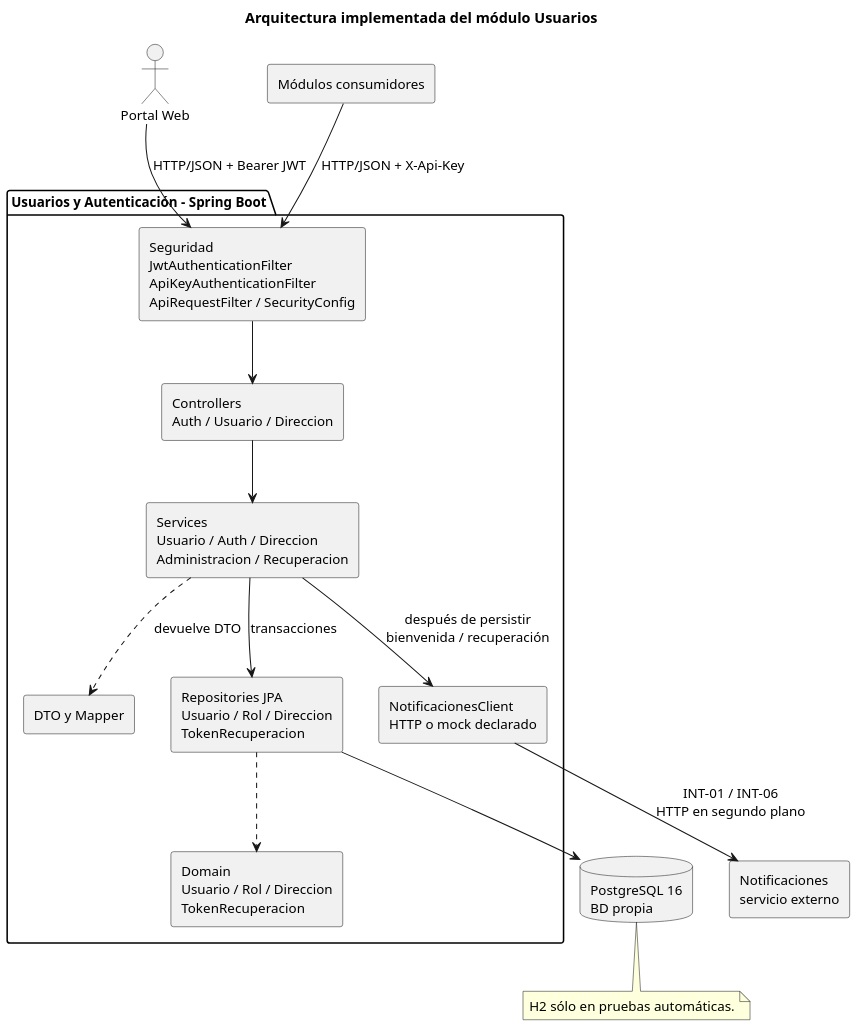
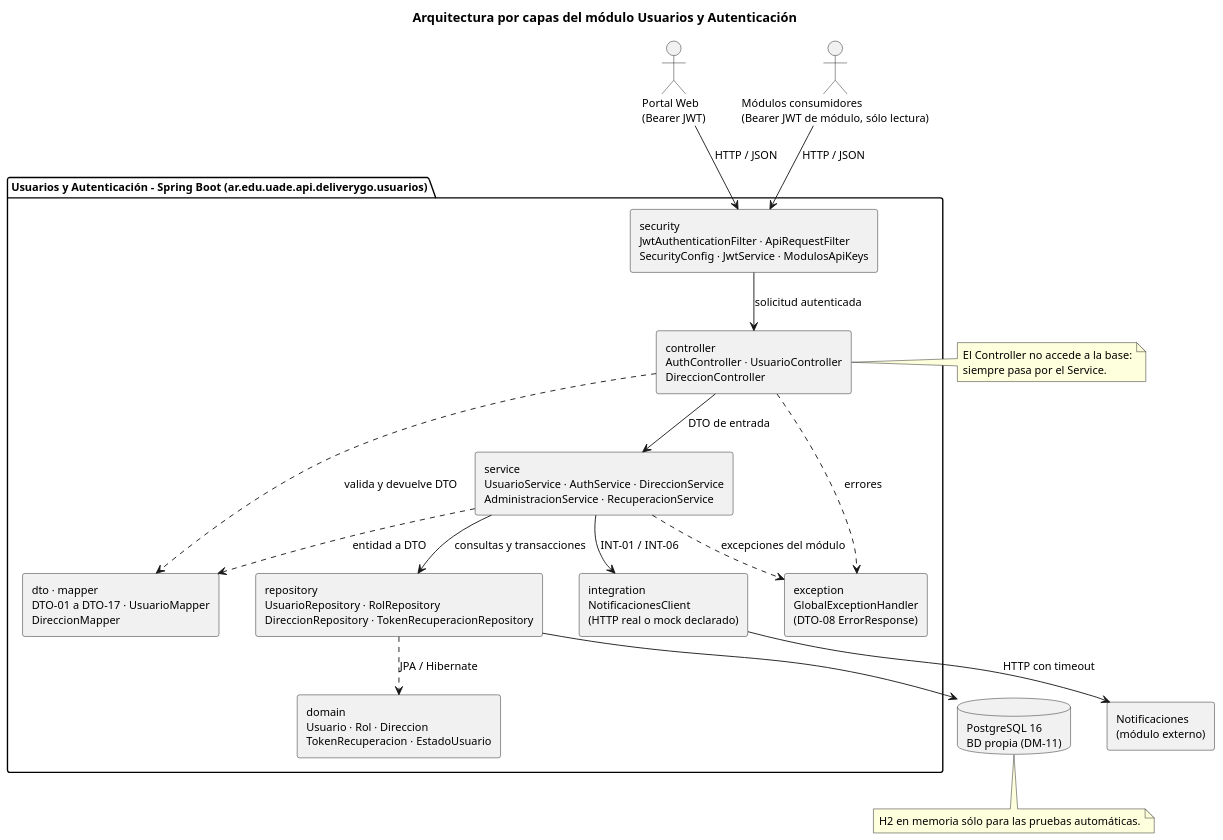
The diagram in doc/Diagramas/arquitectura.puml (CarlaGorgal2002/deliverygo-usuarios-auth), drawn with PlantUML before and after one commit. The commit also changed 30 other files, not shown here.

First line of the commit message:
docs: rehacer los 15 diagramas con las capas y participantes de la plantilla

```diff
--- a/doc/Diagramas/arquitectura.puml
+++ b/doc/Diagramas/arquitectura.puml
@@ -1,33 +1,44 @@
 @startuml arquitectura
-skinparam dpi 135
+skinparam dpi 120
 skinparam shadowing false
 skinparam defaultFontName Arial
-skinparam defaultFontSize 13
-skinparam sequenceMessageAlign center
-title Arquitectura implementada del módulo Usuarios
+skinparam defaultFontSize 12
 skinparam componentStyle rectangle
-actor "Portal Web" as Portal
-component "Módulos consumidores" as Mods
-package "Usuarios y Autenticación - Spring Boot" {
- [Seguridad\nJwtAuthenticationFilter\nApiKeyAuthenticationFilter\nApiRequestFilter / SecurityConfig] as Sec
- [Controllers\nAuth / Usuario / Direccion] as Ctrl
- [Services\nUsuario / Auth / Direccion\nAdministracion / Recuperacion] as Srv
- [DTO y Mapper] as Dto
- [Repositories JPA\nUsuario / Rol / Direccion\nTokenRecuperacion] as Rep
- [Domain\nUsuario / Rol / Direccion\nTokenRecuperacion] as Dom
- [NotificacionesClient\nHTTP o mock declarado] as Int
+skinparam nodesep 40
+skinparam ranksep 45
+title Arquitectura por capas del módulo Usuarios y Autenticación
+
+actor "Portal Web\n(Bearer JWT)" as Portal
+actor "Módulos consumidores\n(Bearer JWT de módulo, sólo lectura)" as Mods
+
+package "Usuarios y Autenticación - Spring Boot (ar.edu.uade.api.deliverygo.usuarios)" {
+  component "security\nJwtAuthenticationFilter · ApiRequestFilter\nSecurityConfig · JwtService · ModulosApiKeys" as Sec
+  component "controller\nAuthController · UsuarioController\nDireccionController" as Ctrl
+  component "dto · mapper\nDTO-01 a DTO-17 · UsuarioMapper\nDireccionMapper" as Dto
+  component "service\nUsuarioService · AuthService · DireccionService\nAdministracionService · RecuperacionService" as Srv
+  component "repository\nUsuarioRepository · RolRepository\nDireccionRepository · TokenRecuperacionRepository" as Rep
+  component "domain\nUsuario · Rol · Direccion\nTokenRecuperacion · EstadoUsuario" as Dom
+  component "integration\nNotificacionesClient\n(HTTP real o mock declarado)" as Int
+  component "exception\nGlobalExceptionHandler\n(DTO-08 ErrorResponse)" as Exc
 }
-database "PostgreSQL 16\nBD propia" as BD
-component "Notificaciones\nservicio externo" as Notif
-Portal --> Sec : HTTP/JSON + Bearer JWT
-Mods --> Sec : HTTP/JSON + X-Api-Key
-Sec --> Ctrl
-Ctrl --> Srv
-Srv ..> Dto : devuelve DTO
-Srv --> Rep : transacciones
-Rep ..> Dom
-Rep --> BD
-Srv --> Int : después de persistir\nbienvenida / recuperación
-Int --> Notif : INT-01 / INT-06\nHTTP en segundo plano
-note bottom of BD : H2 sólo en pruebas automáticas.
+
+database "PostgreSQL 16\nBD propia (DM-11)" as DB
+component "Notificaciones\n(módulo externo)" as Notif
+
+Portal --> Sec : HTTP / JSON
+Mods --> Sec : HTTP / JSON
+Sec --> Ctrl : solicitud autenticada
+Ctrl --> Srv : DTO de entrada
+Ctrl ..> Dto : valida y devuelve DTO
+Srv --> Rep : consultas y transacciones
+Srv ..> Dto : entidad a DTO
+Srv --> Int : INT-01 / INT-06
+Rep ..> Dom : JPA / Hibernate
+Rep --> DB
+Int --> Notif : HTTP con timeout
+Ctrl ..> Exc : errores
+Srv ..> Exc : excepciones del módulo
+
+note bottom of DB : H2 en memoria sólo para las pruebas automáticas.
+note right of Ctrl : El Controller no accede a la base:\nsiempre pasa por el Service.
 @enduml
```
